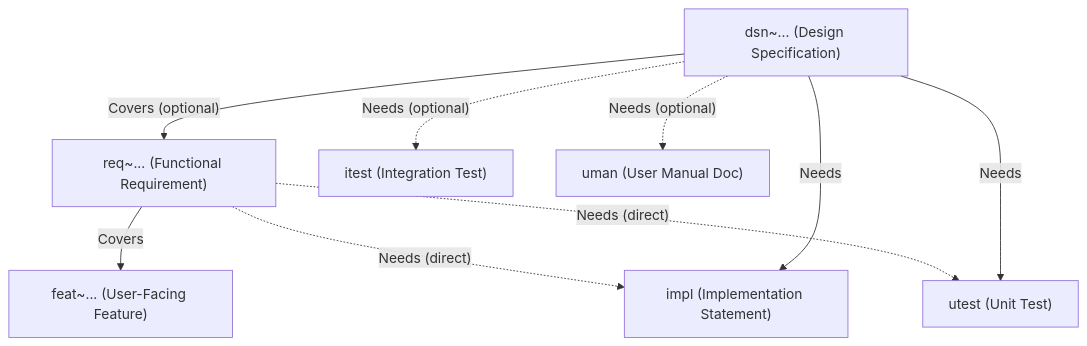
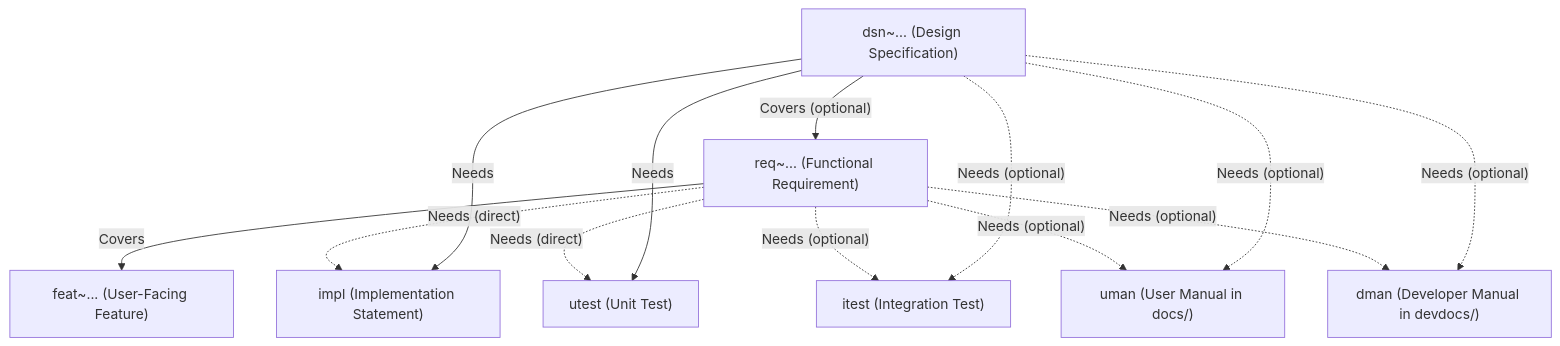
The diagram in skills/docs-requirements/references/style-and-hierarchy.md (InAnYan/ai-instructions), drawn with Mermaid before and after one commit. The commit also changed other lines of this file and 17 other files, not shown here.

Commit message:
Separate user docs (docs/) and developer docs (devdocs/), move ADRs & requirements to devdocs/, and add dman artifact type

````diff
--- a/skills/docs-requirements/references/style-and-hierarchy.md
+++ b/skills/docs-requirements/references/style-and-hierarchy.md
@@ -11,20 +11,26 @@
 ```mermaid
 flowchart TD
     Feat["feat~... (User-Facing Feature)"]
     Req["req~... (Functional Requirement)"]
     Dsn["dsn~... (Design Specification)"]
     Impl["impl (Implementation Statement)"]
     Utest["utest (Unit Test)"]
     Itest["itest (Integration Test)"]
-    Uman["uman (User Manual Doc)"]
+    Uman["uman (User Manual in docs/)"]
+    Dman["dman (Developer Manual in devdocs/)"]
 
     Req -->|"Covers"| Feat
     Dsn -->|"Covers (optional)"| Req
     
     Req -.->|"Needs (direct)"| Impl
     Req -.->|"Needs (direct)"| Utest
+    Req -.->|"Needs (optional)"| Itest
+    Req -.->|"Needs (optional)"| Uman
+    Req -.->|"Needs (optional)"| Dman
+
     Dsn -->|"Needs"| Impl
     Dsn -->|"Needs"| Utest
     Dsn -.->|"Needs (optional)"| Itest
     Dsn -.->|"Needs (optional)"| Uman
+    Dsn -.->|"Needs (optional)"| Dman
 ```
````
